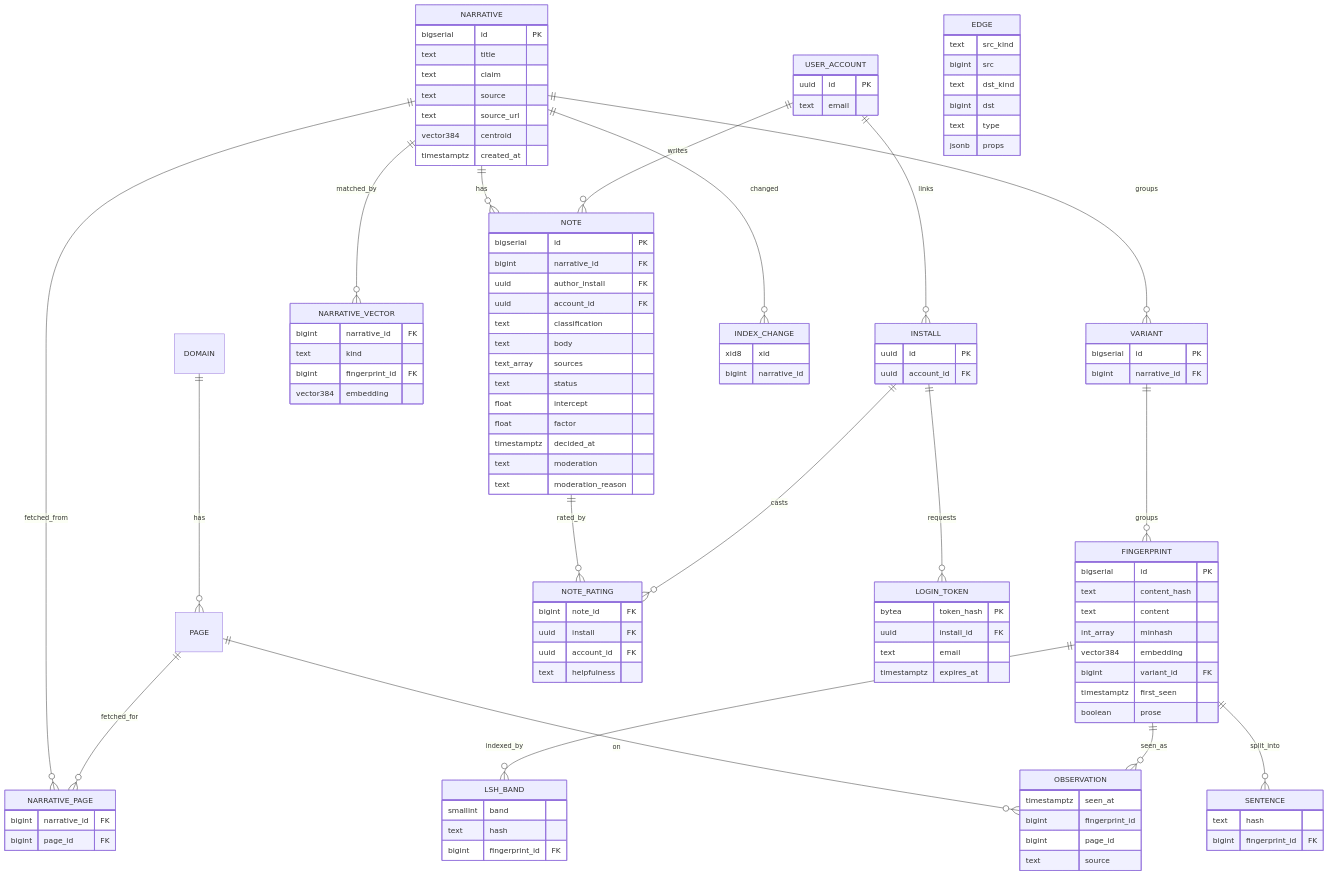
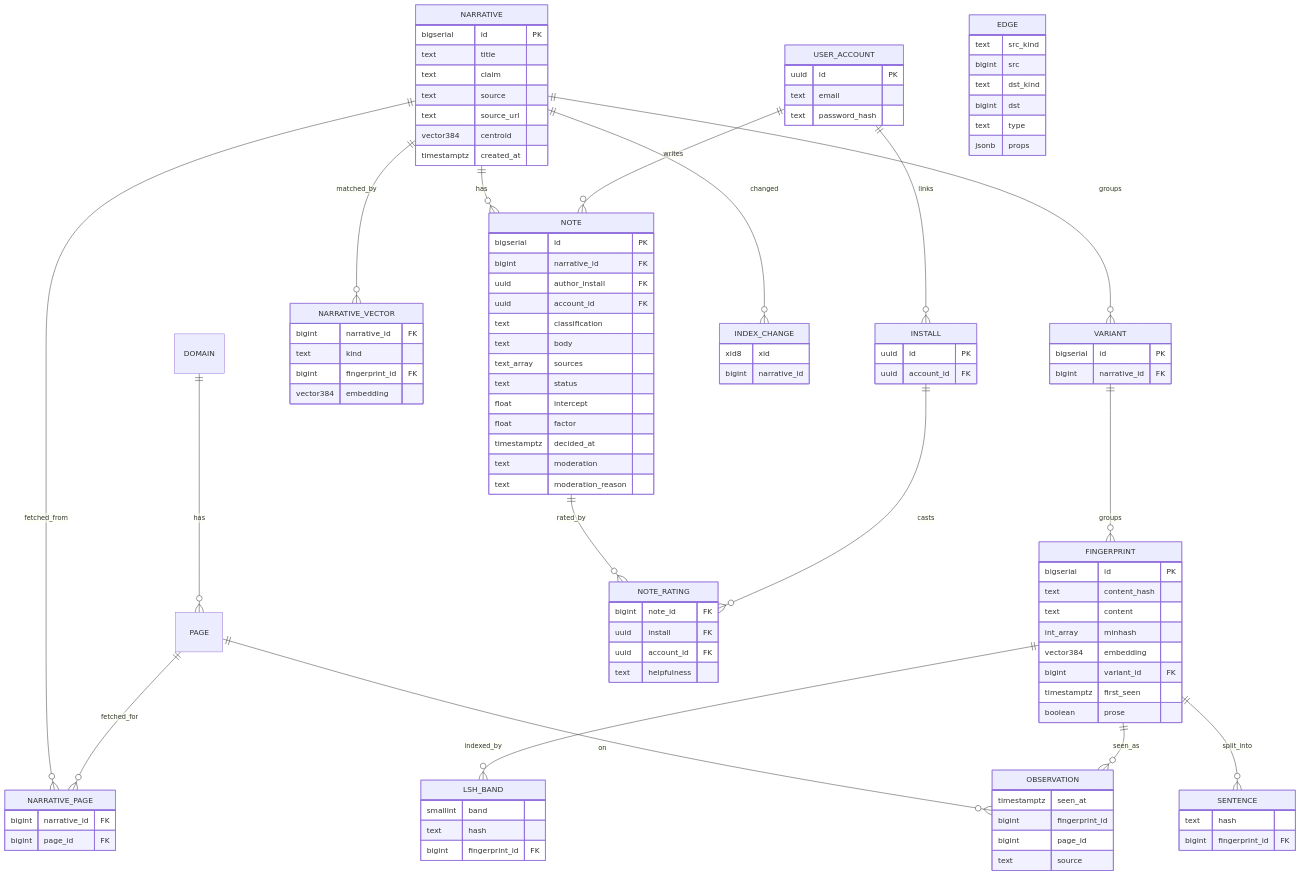
The second of 2 diagrams in docs/data-model.md (nlinnanen/konklaavi), drawn with Mermaid before and after one commit. The commit also changed 30 other files, not shown here.

First line of the commit message:
feat: sign in with email and password

```diff
--- a/docs/data-model.md
+++ b/docs/data-model.md
@@ -57,7 +57,6 @@
   USER_ACCOUNT ||--o{ INSTALL : links
   USER_ACCOUNT ||--o{ NOTE : writes
   INSTALL ||--o{ NOTE_RATING : casts
-  INSTALL ||--o{ LOGIN_TOKEN : requests
 
   OBSERVATION {
     timestamptz seen_at
@@ -131,16 +130,11 @@
   USER_ACCOUNT {
     uuid id PK
     text email
+    text password_hash
   }
   INSTALL {
     uuid id PK
     uuid account_id FK
-  }
-  LOGIN_TOKEN {
-    bytea token_hash PK
-    uuid install_id FK
-    text email
-    timestamptz expires_at
   }
   INDEX_CHANGE {
     xid8 xid
```
